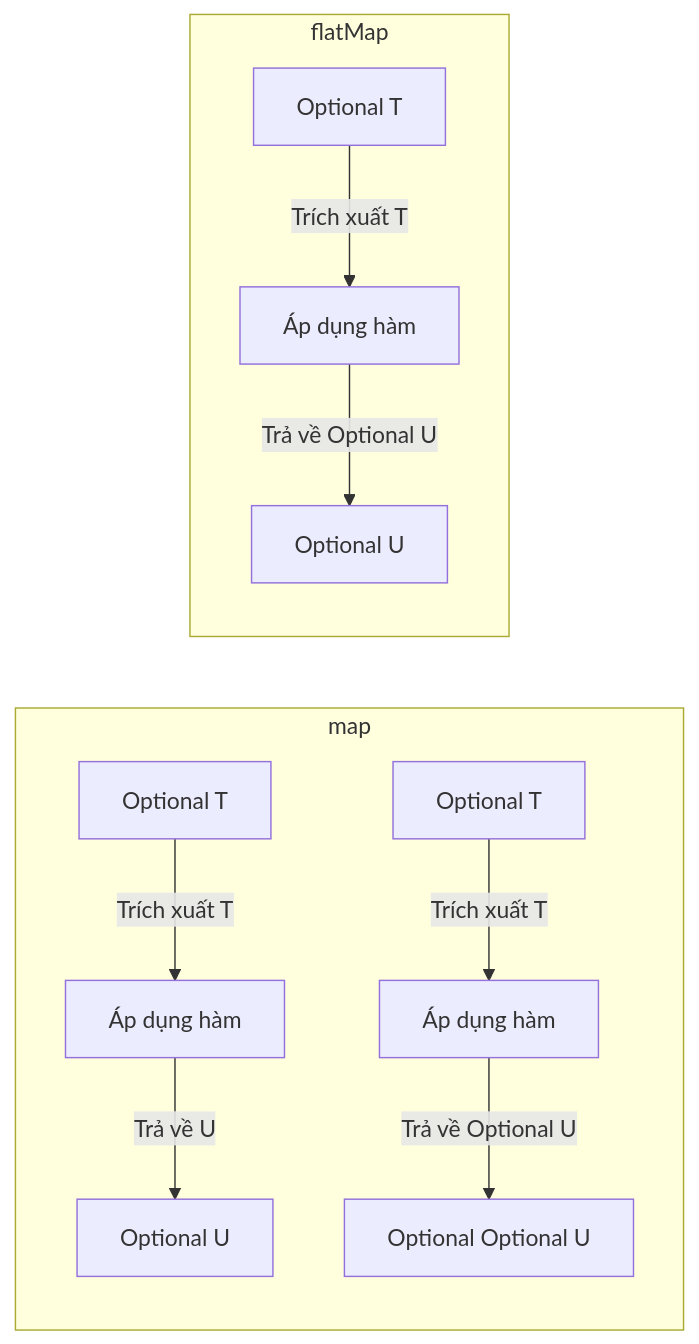
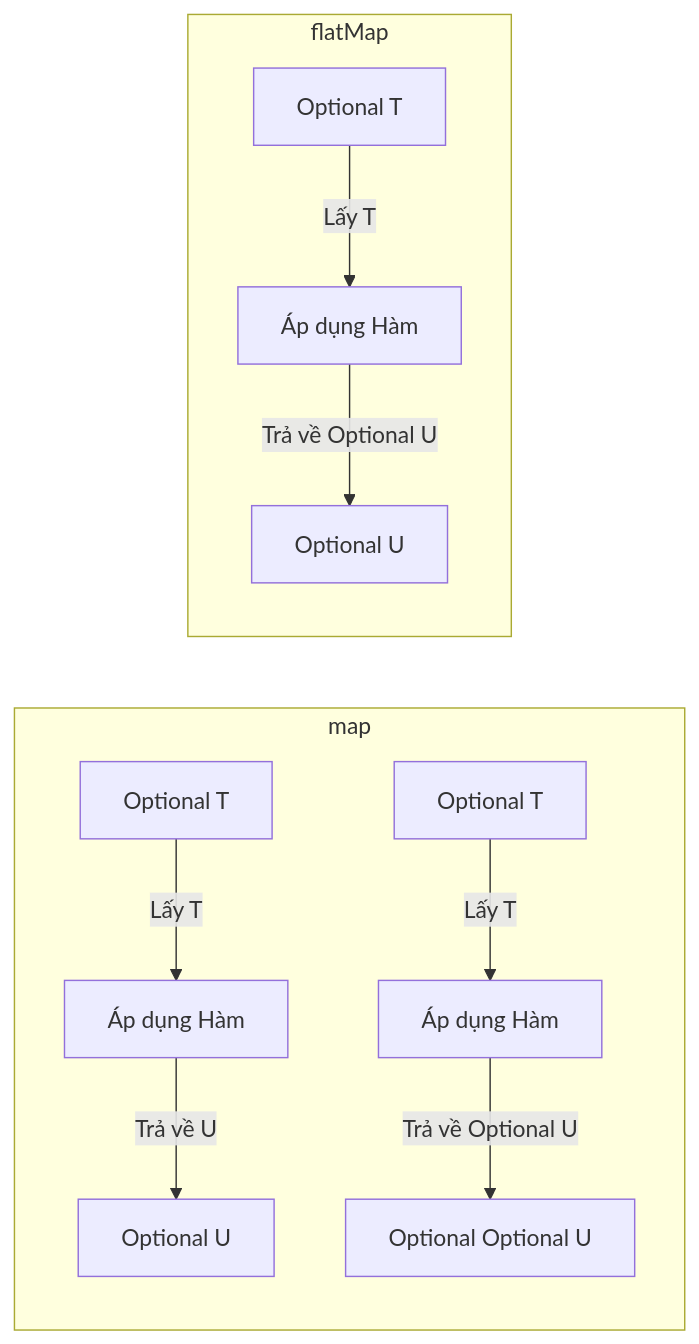
One commit to PhuThien2005/theoretical-of-java-core changed the first of 2 diagrams in vi/24-optional/theory/02-map-concepts.md. Above: the diagram before and after it, drawn with Mermaid. The commit also changed other lines of this file and 229 other files, not shown here.

````diff
--- a/vi/24-optional/theory/02-map-concepts.md
+++ b/vi/24-optional/theory/02-map-concepts.md
@@ -125,10 +127,10 @@
 ```mermaid
 flowchart LR
     subgraph map
-        A[Optional T] -- Trích xuất T --> B[Áp dụng hàm] -- Trả về U --> C[Optional U]
-        A2[Optional T] -- Trích xuất T --> B2[Áp dụng hàm] -- Trả về Optional U --> C2[Optional Optional U]
+        A[Optional T] -- Lấy T --> B[Áp dụng Hàm] -- Trả về U --> C[Optional U]
+        A2[Optional T] -- Lấy T --> B2[Áp dụng Hàm] -- Trả về Optional U --> C2[Optional Optional U]
     end
     subgraph flatMap
-        D[Optional T] -- Trích xuất T --> E[Áp dụng hàm] -- Trả về Optional U --> F[Optional U]
+        D[Optional T] -- Lấy T --> E[Áp dụng Hàm] -- Trả về Optional U --> F[Optional U]
     end
 ```
````
